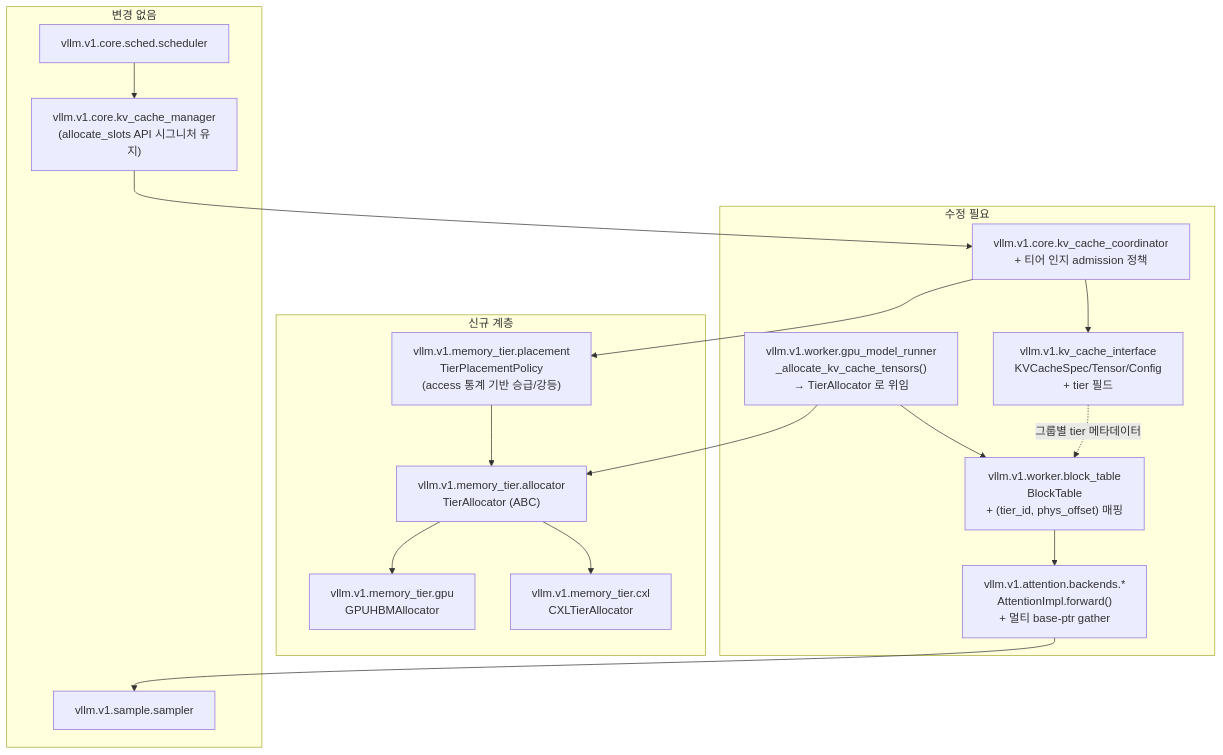
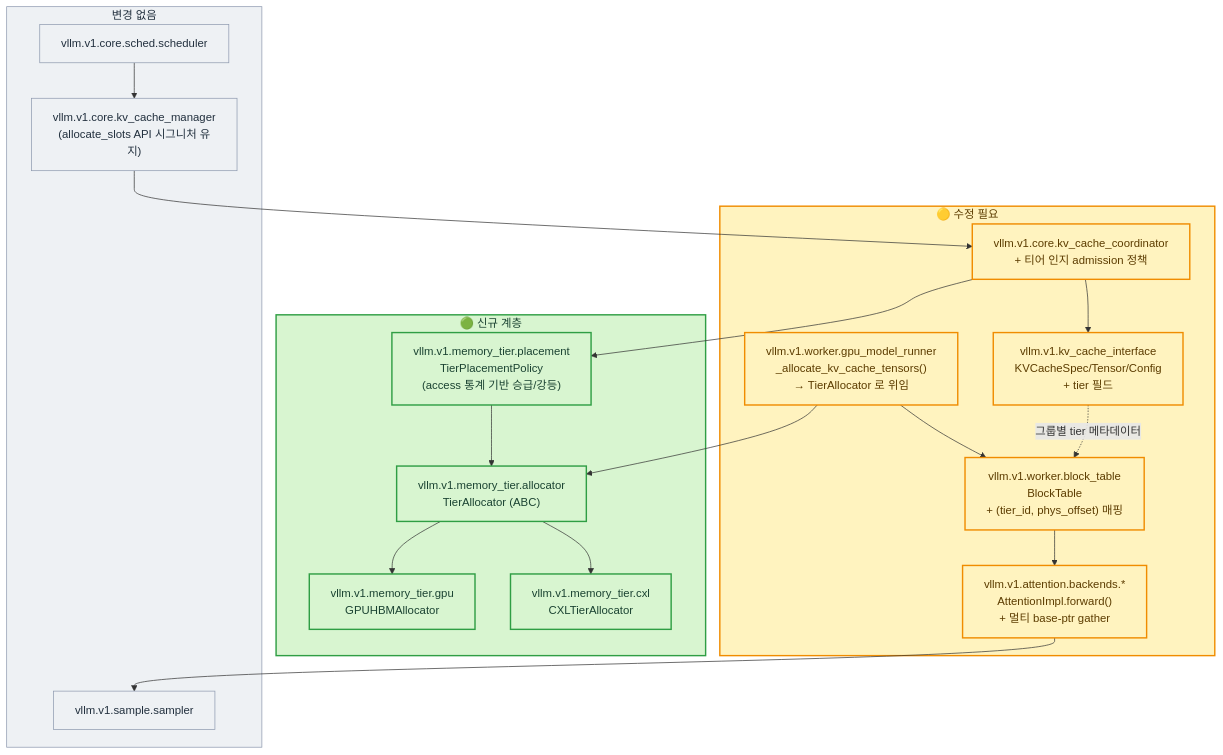
The fifth of 6 diagrams in doc-mk/vllm-kv-cache-memory-tiering.md (mkim0628/vllm), drawn with Mermaid before and after one commit. The commit also changed other lines of this file, not shown here.

First line of the commit message:
docs: fix broken mermaid diagram and add as-is/to-be color coding

````diff
--- a/doc-mk/vllm-kv-cache-memory-tiering.md
+++ b/doc-mk/vllm-kv-cache-memory-tiering.md
@@ -243,36 +268,43 @@
 ```mermaid
 graph TD
-    subgraph MODIFIED["수정 필요"]
+    subgraph MODIFIED["🟡 수정 필요"]
         KVIFACE["vllm.v1.kv_cache_interface<br/>KVCacheSpec/Tensor/Config<br/>+ tier 필드"]
         COORD["vllm.v1.core.kv_cache_coordinator<br/>+ 티어 인지 admission 정책"]
         BLOCKTABLE["vllm.v1.worker.block_table<br/>BlockTable<br/>+ (tier_id, phys_offset) 매핑"]
         ATTNBACKEND["vllm.v1.attention.backends.*<br/>AttentionImpl.forward()<br/>+ 멀티 base-ptr gather"]
         GPURUNNER["vllm.v1.worker.gpu_model_runner<br/>_allocate_kv_cache_tensors()<br/>→ TierAllocator 로 위임"]
     end
 
-    subgraph NEW["신규 계층"]
+    subgraph NEW["🟢 신규 계층"]
         TIERALLOC["vllm.v1.memory_tier.allocator<br/>TierAllocator (ABC)"]
         GPUALLOC["vllm.v1.memory_tier.gpu<br/>GPUHBMAllocator"]
         CXLALLOC["vllm.v1.memory_tier.cxl<br/>CXLTierAllocator"]
         PLACEMENT["vllm.v1.memory_tier.placement<br/>TierPlacementPolicy<br/>(access 통계 기반 승급/강등)"]
     end
 
     subgraph UNCHANGED["변경 없음"]
         SCHED["vllm.v1.core.sched.scheduler"]
         KVMGR["vllm.v1.core.kv_cache_manager<br/>(allocate_slots API 시그니처 유지)"]
         SAMPLER["vllm.v1.sample.sampler"]
     end
 
     SCHED --> KVMGR
     KVMGR --> COORD
     COORD --> KVIFACE
     COORD --> PLACEMENT
     PLACEMENT --> TIERALLOC
     TIERALLOC --> GPUALLOC
     TIERALLOC --> CXLALLOC
     GPURUNNER --> TIERALLOC
     GPURUNNER --> BLOCKTABLE
     BLOCKTABLE --> ATTNBACKEND
     ATTNBACKEND --> SAMPLER
     KVIFACE -. "그룹별 tier 메타데이터" .-> BLOCKTABLE
+
+    classDef existingBox fill:#eef1f4,stroke:#8d99ae,color:#22303e,stroke-width:1px;
+    classDef modifiedBox fill:#fff3bf,stroke:#f08c00,color:#5c3c00,stroke-width:2px;
+    classDef newBox fill:#d8f5d0,stroke:#2f9e44,color:#1b4332,stroke-width:2px;
+    class UNCHANGED,SCHED,KVMGR,SAMPLER existingBox
+    class MODIFIED,KVIFACE,COORD,BLOCKTABLE,ATTNBACKEND,GPURUNNER modifiedBox
+    class NEW,TIERALLOC,GPUALLOC,CXLALLOC,PLACEMENT newBox
 ```
````
